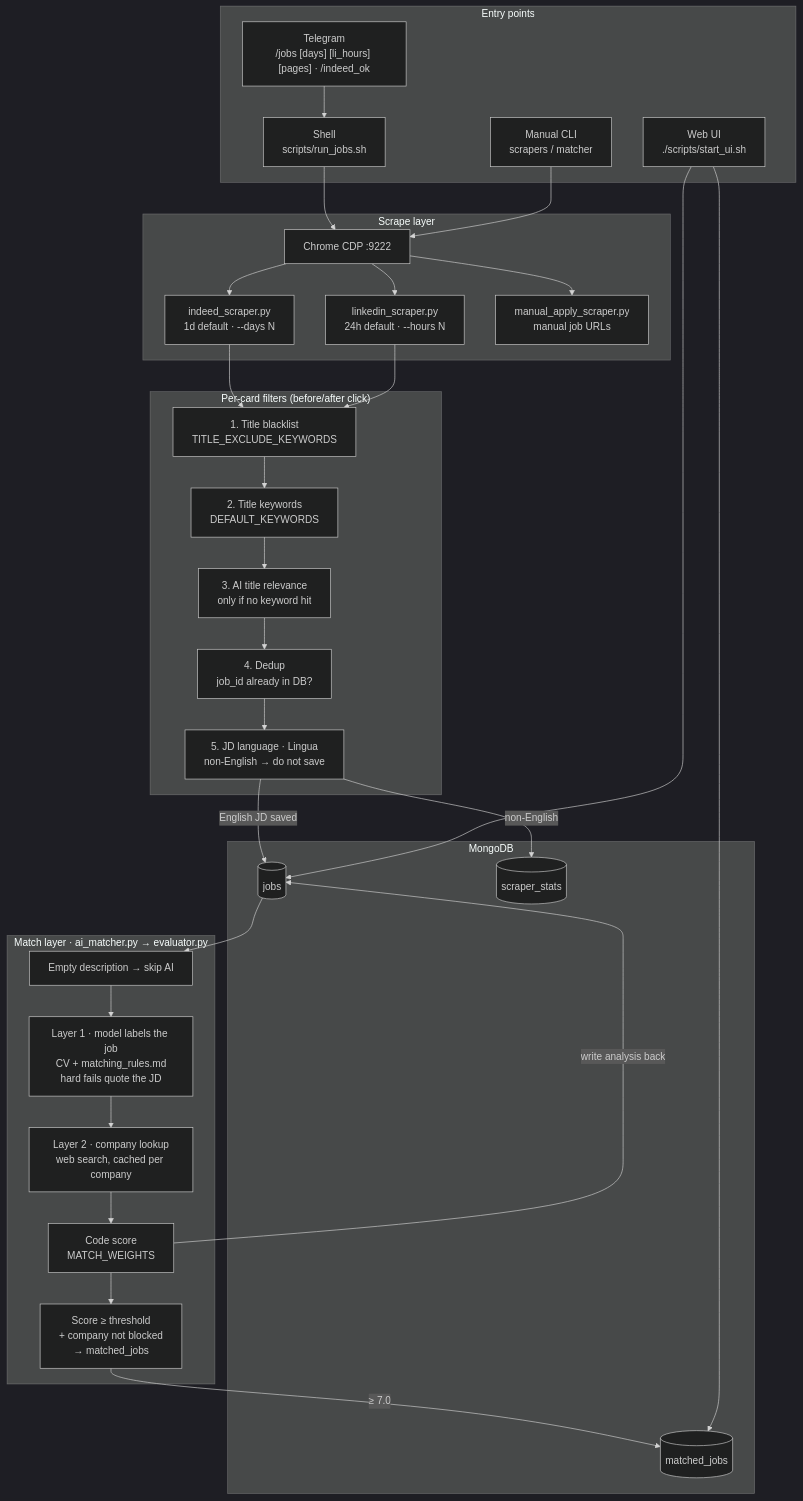
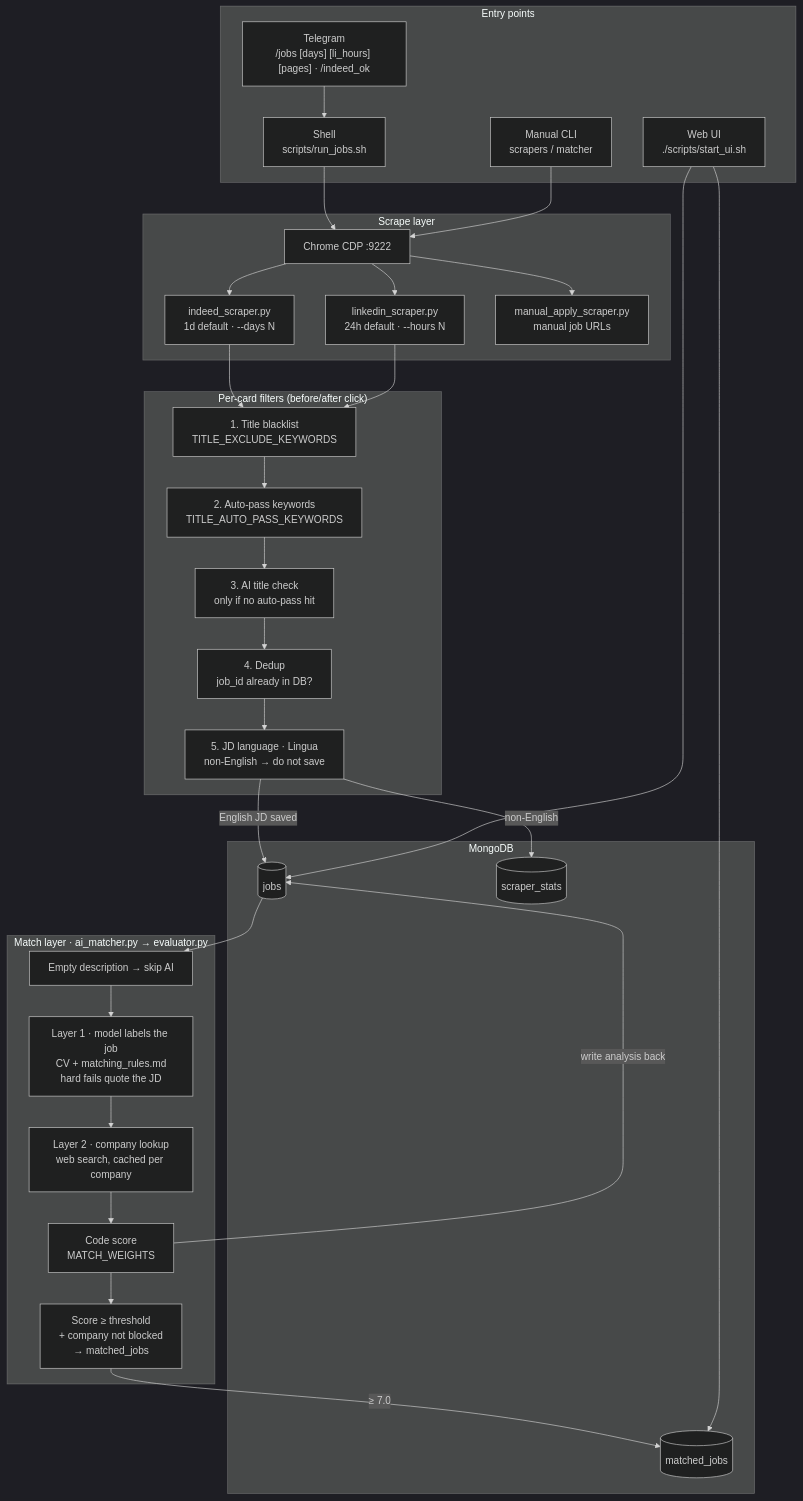
The first of 4 diagrams in docs/architecture.md (JialiNong/job_scraper), drawn with Mermaid (dark theme) before and after one commit. The commit also changed other lines of this file and 5 other files, not shown here.

````diff
--- a/docs/architecture.md
+++ b/docs/architecture.md
@@ -11,53 +11,53 @@
 ```mermaid
 flowchart TB
     subgraph Triggers["Entry points"]
         T1["Telegram<br/>/jobs [days] [li_hours] [pages] · /indeed_ok"]
         T2["Shell<br/>scripts/run_jobs.sh"]
         T4["Web UI<br/>./scripts/start_ui.sh"]
         T5["Manual CLI<br/>scrapers / matcher"]
     end
 
     subgraph Scrape["Scrape layer"]
         Chrome["Chrome CDP :9222"]
         Indeed["indeed_scraper.py<br/>1d default · --days N"]
         LI["linkedin_scraper.py<br/>24h default · --hours N"]
         Manual["manual_apply_scraper.py<br/>manual job URLs"]
     end
 
     subgraph Filters["Per-card filters (before/after click)"]
         F1["1. Title blacklist<br/>TITLE_EXCLUDE_KEYWORDS"]
-        F2["2. Title keywords<br/>DEFAULT_KEYWORDS"]
-        F3["3. AI title relevance<br/>only if no keyword hit"]
+        F2["2. Auto-pass keywords<br/>TITLE_AUTO_PASS_KEYWORDS"]
+        F3["3. AI title check<br/>only if no auto-pass hit"]
         F4["4. Dedup<br/>job_id already in DB?"]
         F5["5. JD language · Lingua<br/>non-English → do not save"]
     end
 
     subgraph Store["MongoDB"]
         Jobs[("jobs")]
         Matched[("matched_jobs")]
         Stats[("scraper_stats")]
     end
 
     subgraph Match["Match layer · ai_matcher.py → evaluator.py"]
         M0["Empty description → skip AI"]
         M1["Layer 1 · model labels the job<br/>CV + matching_rules.md<br/>hard fails quote the JD"]
         M1b["Layer 2 · company lookup<br/>web search, cached per company"]
         M2["Code score<br/>MATCH_WEIGHTS"]
         M3["Score ≥ threshold<br/>+ company not blocked<br/>→ matched_jobs"]
     end
 
     T1 --> T2
     T2 --> Chrome
     T5 --> Chrome
     Chrome --> Indeed & LI & Manual
 
     Indeed & LI --> F1 --> F2 --> F3 --> F4 --> F5
     F5 -->|English JD saved| Jobs
     F5 -->|non-English| Stats
 
     Jobs --> M0 --> M1 --> M1b --> M2 --> M3
     M3 -->|≥ 7.0| Matched
     M2 -->|write analysis back| Jobs
 
     T4 --> Matched & Jobs
 ```
````
